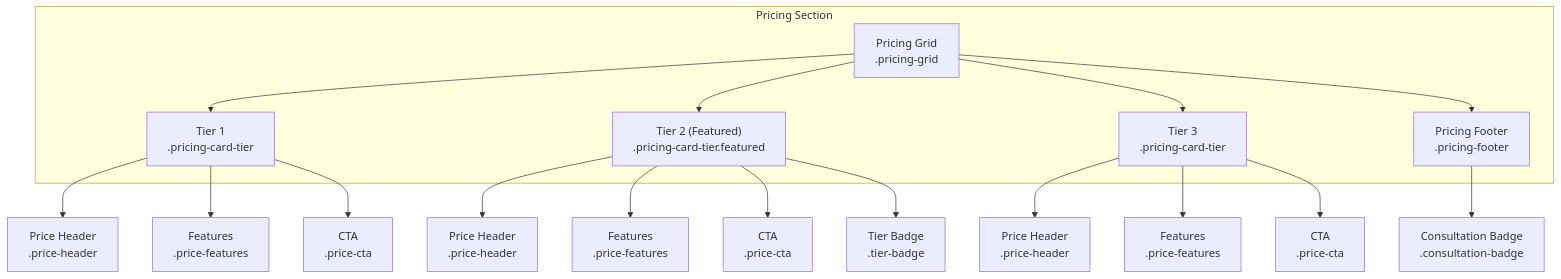
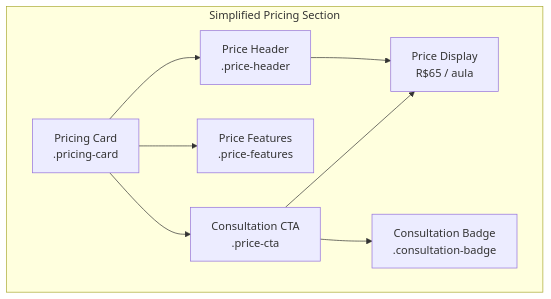
Before and after one commit to lynchip/graduates: the second of 3 diagrams in .qoder/repowiki/en/content/Core Features/Service Showcase/Pricing Section.md, drawn with Mermaid. The commit also changed other lines of this file and 12 other files, not shown here.

````diff
--- a/.qoder/repowiki/en/content/Core Features/Service Showcase/Pricing Section.md
+++ b/.qoder/repowiki/en/content/Core Features/Service Showcase/Pricing Section.md
@@ -81,25 +95,17 @@
 ```mermaid
 graph TB
-subgraph "Pricing Section"
-PG["Pricing Grid<br/>.pricing-grid"]
-PT1["Tier 1<br/>.pricing-card-tier"]
-PT2["Tier 2 (Featured)<br/>.pricing-card-tier.featured"]
-PT3["Tier 3<br/>.pricing-card-tier"]
-PF["Pricing Footer<br/>.pricing-footer"]
+subgraph "Simplified Pricing Section"
+PC["Pricing Card<br/>.pricing-card"]
+PH["Price Header<br/>.price-header"]
+PR["Price Display<br/>R$65 / aula"]
+PF["Price Features<br/>.price-features"]
+CB["Consultation Badge<br/>.consultation-badge"]
+CTA["Consultation CTA<br/>.price-cta"]
 end
-PG --> PT1
-PG --> PT2
-PG --> PT3
-PG --> PF
-PT1 --> PH1["Price Header<br/>.price-header"]
-PT2 --> PH2["Price Header<br/>.price-header"]
-PT3 --> PH3["Price Header<br/>.price-header"]
-PT1 --> PF1["Features<br/>.price-features"]
-PT2 --> PF2["Features<br/>.price-features"]
-PT3 --> PF3["Features<br/>.price-features"]
-PT1 --> PC1["CTA<br/>.price-cta"]
-PT2 --> PC2["CTA<br/>.price-cta"]
-PT3 --> PC3["CTA<br/>.price-cta"]
-PT2 --> TB["Tier Badge<br/>.tier-badge"]
-PF --> CB["Consultation Badge<br/>.consultation-badge"]
+PC --> PH
+PC --> PF
+PC --> CTA
+PH --> PR
+CTA --> CB
+CTA --> PR
 ```
````
